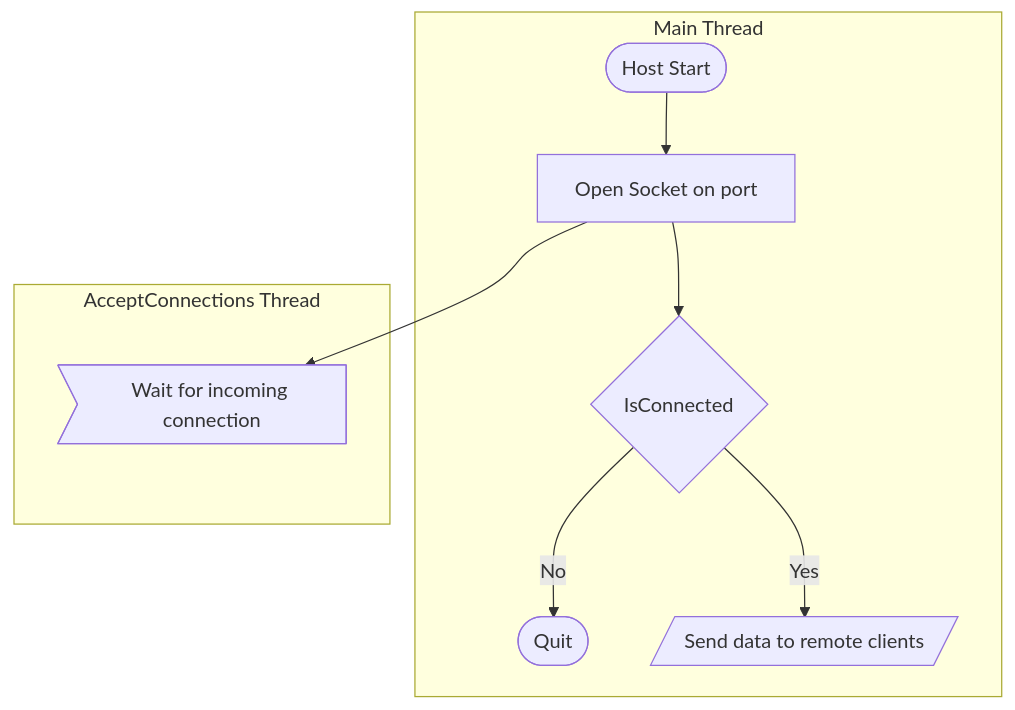
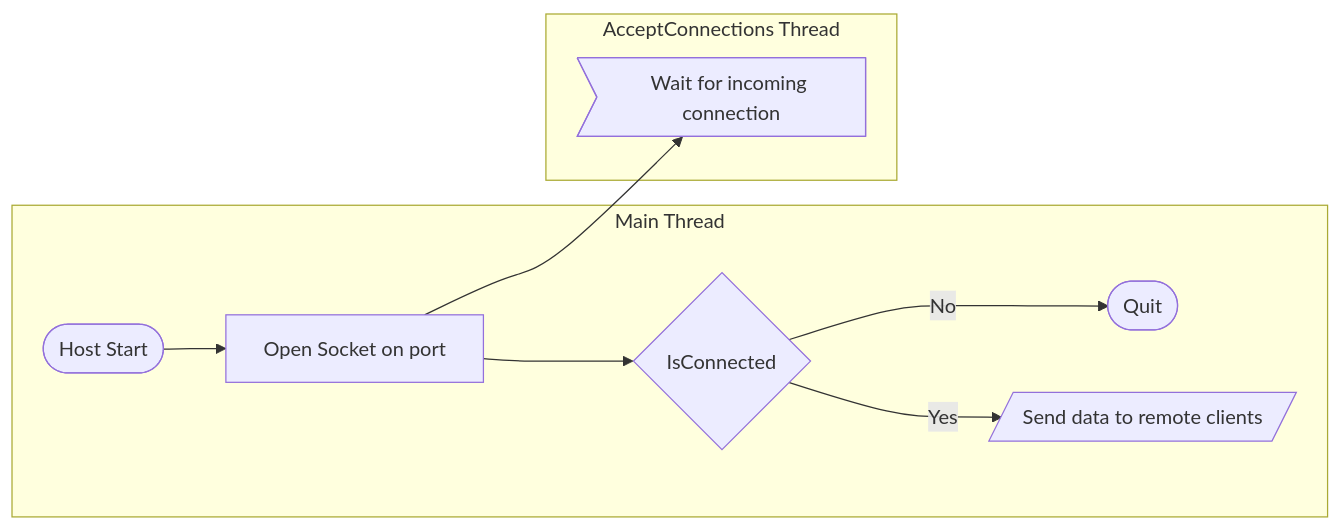
One commit to GMcMichael/ThornNetworking changed the diagram in README.md. Above: the diagram before and after it, drawn with Mermaid.

````diff
--- a/README.md
+++ b/README.md
@@ -1,12 +1,12 @@
 ```mermaid
-flowchart TD
+flowchart LR
   subgraph mt [Main Thread]
     A([Host Start]) --> B[Open Socket on port]
     B-->C{IsConnected}
     C-- No -->D([Quit])
     C-- Yes -->E[/Send data to remote clients/]
   end
   subgraph act [AcceptConnections Thread]
     B-->F>Wait for incoming connection]
   end
 ```
````
